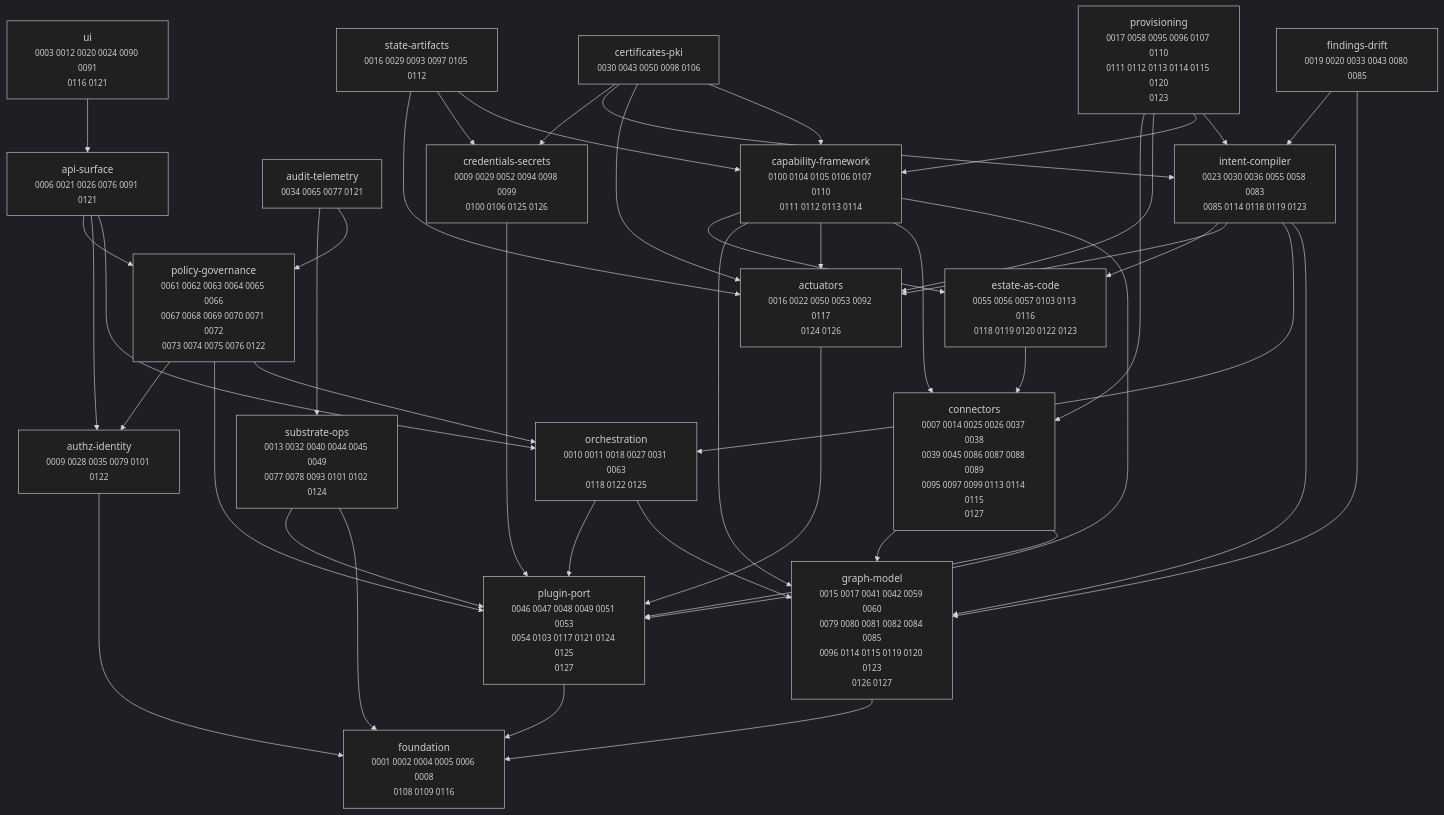
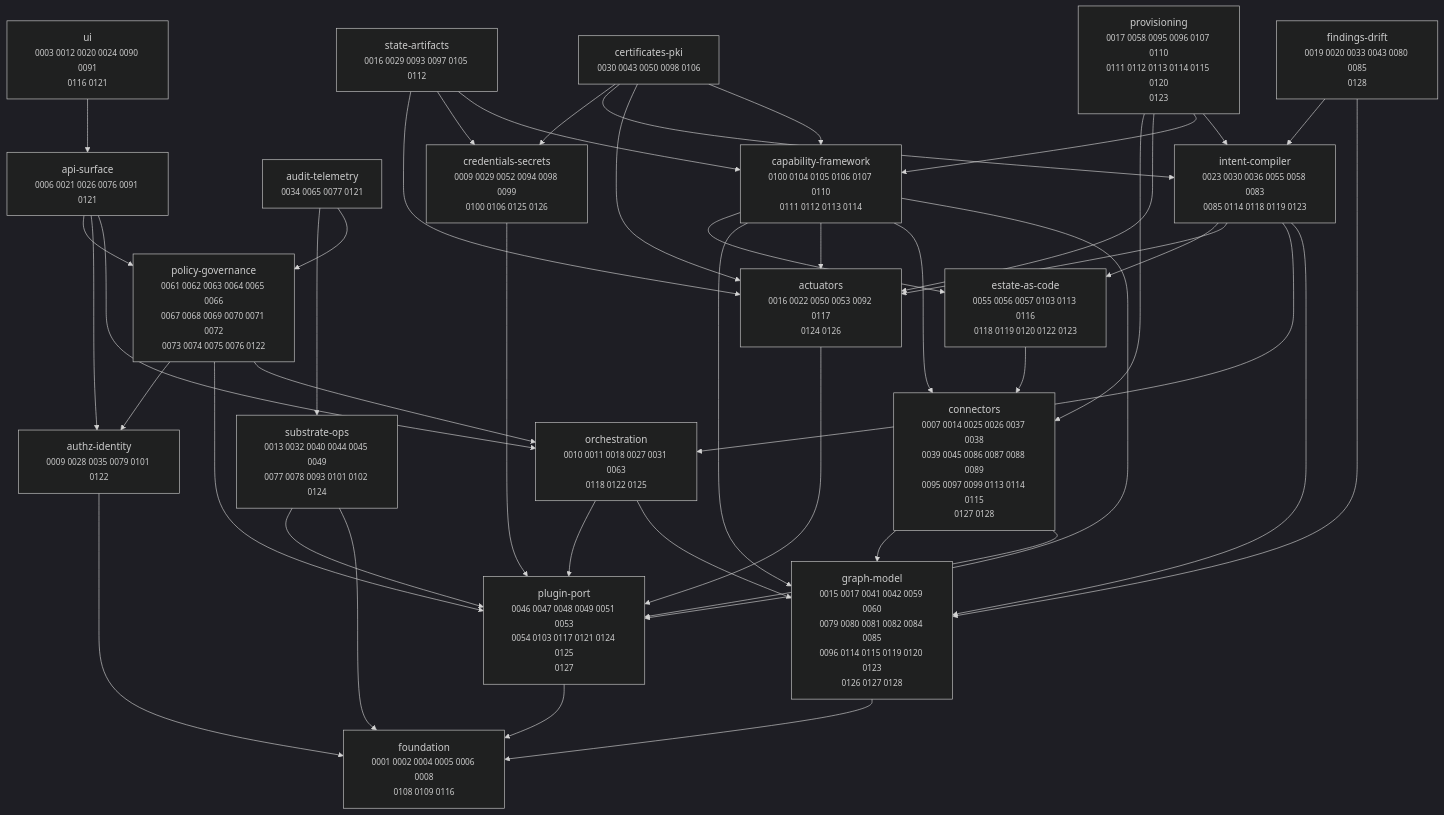
The diagram in docs/adr/MAP.md (dstout-devops/stratt), drawn with Mermaid (dark theme) before and after one commit. The commit also changed other lines of this file and 17 other files, not shown here.

````diff
--- a/docs/adr/MAP.md
+++ b/docs/adr/MAP.md
@@ -11,67 +11,67 @@
 ```mermaid
 graph TD
   actuators["actuators<br/><small>0016 0022 0050 0053 0092 0117<br/>0124 0126</small>"]
   api_surface["api-surface<br/><small>0006 0021 0026 0076 0091 0121</small>"]
   audit_telemetry["audit-telemetry<br/><small>0034 0065 0077 0121</small>"]
   authz_identity["authz-identity<br/><small>0009 0028 0035 0079 0101 0122</small>"]
   capability_framework["capability-framework<br/><small>0100 0104 0105 0106 0107 0110<br/>0111 0112 0113 0114</small>"]
   certificates_pki["certificates-pki<br/><small>0030 0043 0050 0098 0106</small>"]
-  connectors["connectors<br/><small>0007 0014 0025 0026 0037 0038<br/>0039 0045 0086 0087 0088 0089<br/>0095 0097 0099 0113 0114 0115<br/>0127</small>"]
+  connectors["connectors<br/><small>0007 0014 0025 0026 0037 0038<br/>0039 0045 0086 0087 0088 0089<br/>0095 0097 0099 0113 0114 0115<br/>0127 0128</small>"]
   credentials_secrets["credentials-secrets<br/><small>0009 0029 0052 0094 0098 0099<br/>0100 0106 0125 0126</small>"]
   estate_as_code["estate-as-code<br/><small>0055 0056 0057 0103 0113 0116<br/>0118 0119 0120 0122 0123</small>"]
-  findings_drift["findings-drift<br/><small>0019 0020 0033 0043 0080 0085</small>"]
+  findings_drift["findings-drift<br/><small>0019 0020 0033 0043 0080 0085<br/>0128</small>"]
   foundation["foundation<br/><small>0001 0002 0004 0005 0006 0008<br/>0108 0109 0116</small>"]
-  graph_model["graph-model<br/><small>0015 0017 0041 0042 0059 0060<br/>0079 0080 0081 0082 0084 0085<br/>0096 0114 0115 0119 0120 0123<br/>0126 0127</small>"]
+  graph_model["graph-model<br/><small>0015 0017 0041 0042 0059 0060<br/>0079 0080 0081 0082 0084 0085<br/>0096 0114 0115 0119 0120 0123<br/>0126 0127 0128</small>"]
   intent_compiler["intent-compiler<br/><small>0023 0030 0036 0055 0058 0083<br/>0085 0114 0118 0119 0123</small>"]
   orchestration["orchestration<br/><small>0010 0011 0018 0027 0031 0063<br/>0118 0122 0125</small>"]
   plugin_port["plugin-port<br/><small>0046 0047 0048 0049 0051 0053<br/>0054 0103 0117 0121 0124 0125<br/>0127</small>"]
   policy_governance["policy-governance<br/><small>0061 0062 0063 0064 0065 0066<br/>0067 0068 0069 0070 0071 0072<br/>0073 0074 0075 0076 0122</small>"]
   provisioning["provisioning<br/><small>0017 0058 0095 0096 0107 0110<br/>0111 0112 0113 0114 0115 0120<br/>0123</small>"]
   state_artifacts["state-artifacts<br/><small>0016 0029 0093 0097 0105 0112</small>"]
   substrate_ops["substrate-ops<br/><small>0013 0032 0040 0044 0045 0049<br/>0077 0078 0093 0101 0102 0124</small>"]
   ui["ui<br/><small>0003 0012 0020 0024 0090 0091<br/>0116 0121</small>"]
 
   actuators --> plugin_port
   api_surface --> orchestration
   api_surface --> authz_identity
   api_surface --> policy_governance
   audit_telemetry --> policy_governance
   audit_telemetry --> substrate_ops
   authz_identity --> foundation
   capability_framework --> plugin_port
   capability_framework --> connectors
   capability_framework --> actuators
   capability_framework --> graph_model
   capability_framework --> estate_as_code
   certificates_pki --> capability_framework
   certificates_pki --> actuators
   certificates_pki --> intent_compiler
   certificates_pki --> credentials_secrets
   connectors --> plugin_port
   connectors --> graph_model
   credentials_secrets --> plugin_port
   estate_as_code --> connectors
   findings_drift --> graph_model
   findings_drift --> intent_compiler
   graph_model --> foundation
   intent_compiler --> graph_model
   intent_compiler --> orchestration
   intent_compiler --> actuators
   intent_compiler --> estate_as_code
   orchestration --> graph_model
   orchestration --> plugin_port
   plugin_port --> foundation
   policy_governance --> orchestration
   policy_governance --> plugin_port
   policy_governance --> authz_identity
   provisioning --> intent_compiler
   provisioning --> capability_framework
   provisioning --> actuators
   provisioning --> connectors
   state_artifacts --> capability_framework
   state_artifacts --> credentials_secrets
   state_artifacts --> actuators
   substrate_ops --> foundation
   substrate_ops --> plugin_port
   ui --> api_surface
 ```
````
